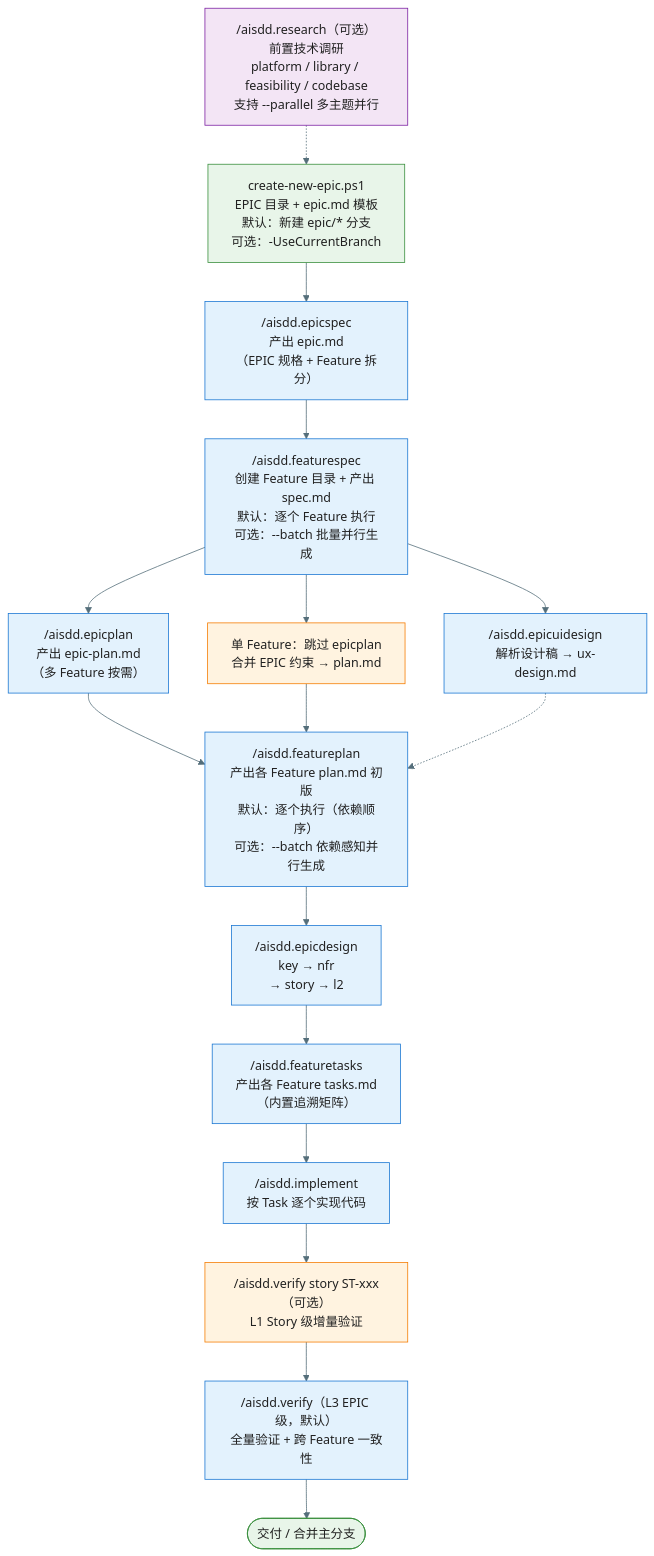
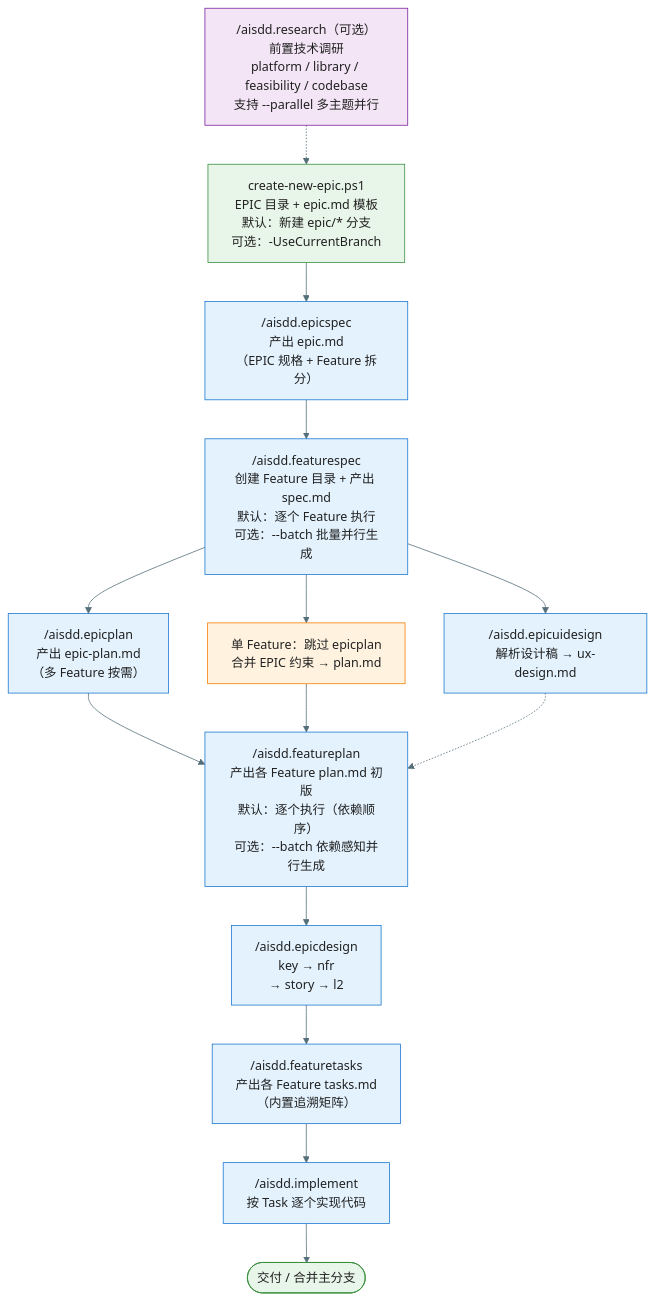
Before and after one commit to jackykarma/Verity: the third of 8 diagrams in docs/aisdd/workflow-overview.md, drawn with Mermaid. The commit also changed other lines of this file and 53 other files, not shown here.

First line of the commit message:
refactor ♻️(AISDD): 瘦身模板并移除 verify 工作流

````diff
--- a/docs/aisdd/workflow-overview.md
+++ b/docs/aisdd/workflow-overview.md
@@ -163,25 +162,22 @@
 ```mermaid
 %%{init: {'theme': 'base', 'themeVariables': { 'primaryColor': '#E3F2FD', 'primaryTextColor': '#212121', 'primaryBorderColor': '#1976D2', 'lineColor': '#546E7A'}}}%%
 flowchart TD
     Step0["/aisdd.research（可选）<br/>前置技术调研<br/>platform / library / feasibility / codebase<br/>支持 --parallel 多主题并行"] -.-> Step1
     Step1["create-new-epic.ps1<br/>EPIC 目录 + epic.md 模板<br/>默认：新建 epic/* 分支<br/>可选：-UseCurrentBranch"] --> Step2["/aisdd.epicspec<br/>产出 epic.md<br/>（EPIC 规格 + Feature 拆分）"]
     Step2 --> Step3["/aisdd.featurespec<br/>创建 Feature 目录 + 产出 spec.md<br/>默认：逐个 Feature 执行<br/>可选：--batch 批量并行生成"]
     Step3 --> Step4["/aisdd.epicplan<br/>产出 epic-plan.md<br/>（多 Feature 按需）"]
     Step3 --> Step5["/aisdd.epicuidesign<br/>解析设计稿 → ux-design.md"]
     Step3 --> Step4b["单 Feature：跳过 epicplan<br/>合并 EPIC 约束 → plan.md"]
     Step4 --> Step6["/aisdd.featureplan<br/>产出各 Feature plan.md 初版<br/>默认：逐个执行（依赖顺序）<br/>可选：--batch 依赖感知并行生成"]
     Step4b --> Step6
     Step5 -.-> Step6
     Step6 --> Step7["/aisdd.epicdesign<br/>key → nfr<br/>→ story → l2"]
     Step7 --> Step8["/aisdd.featuretasks<br/>产出各 Feature tasks.md<br/>（内置追溯矩阵）"]
     Step8 --> Step9["/aisdd.implement<br/>按 Task 逐个实现代码"]
-    Step9 --> Step9b["/aisdd.verify story ST-xxx（可选）<br/>L1 Story 级增量验证"]
-    Step9b --> Step10["/aisdd.verify（L3 EPIC 级，默认）<br/>全量验证 + 跨 Feature 一致性"]
-    Step10 --> Step11([交付 / 合并主分支])
+    Step9 --> Step10([交付 / 合并主分支])
 
     style Step0 fill:#F3E5F5,stroke:#7B1FA2
     style Step1 fill:#E8F5E9,stroke:#388E3C
     style Step4b fill:#FFF3E0,stroke:#F57C00
-    style Step9b fill:#FFF3E0,stroke:#F57C00
-    style Step11 fill:#E8F5E9,stroke:#388E3C
+    style Step10 fill:#E8F5E9,stroke:#388E3C
 ```
````
